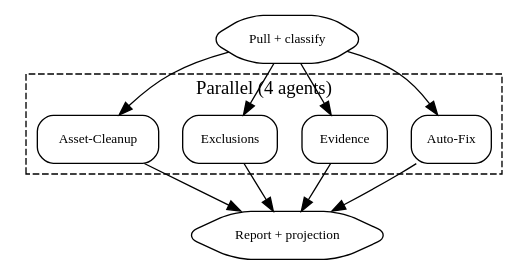
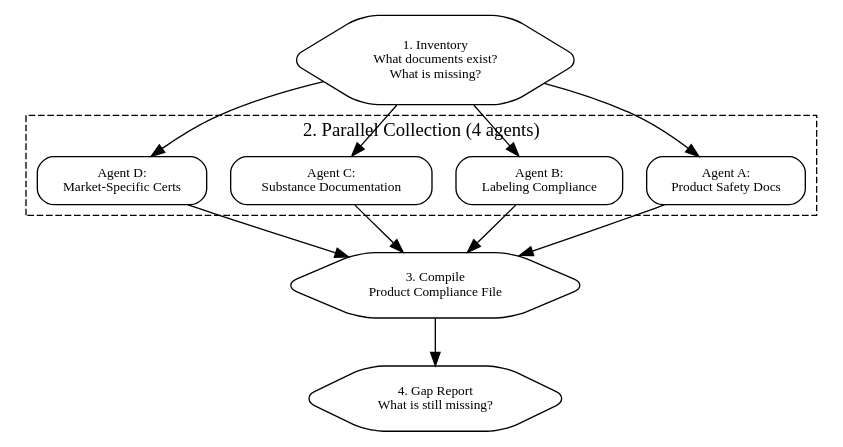
Before and after one commit to Cleo-Labs-IA/skills_library: the diagram in skills/evidence-blitz/SKILL.md, drawn with Graphviz. The commit also changed other lines of this file and 20 other files, not shown here.

````diff
--- a/skills/evidence-blitz/SKILL.md
+++ b/skills/evidence-blitz/SKILL.md
@@ -12,13 +21,18 @@
 ```dot
 digraph {
   rankdir=TB; node [shape=box style=rounded fontsize=10];
-  pull [label="Pull + classify" shape=hexagon];
-  subgraph cluster_a {
-    label="Parallel (4 agents)"; style=dashed;
-    af [label="Auto-Fix"]; ev [label="Evidence"]; ex [label="Exclusions"]; ac [label="Asset-Cleanup"];
+  inventory [label="1. Inventory\nWhat documents exist?\nWhat is missing?" shape=hexagon];
+  subgraph cluster_agents {
+    label="2. Parallel Collection (4 agents)"; style=dashed;
+    safety [label="Agent A:\nProduct Safety Docs"];
+    labeling [label="Agent B:\nLabeling Compliance"];
+    substance [label="Agent C:\nSubstance Documentation"];
+    market [label="Agent D:\nMarket-Specific Certs"];
   }
-  rpt [label="Report + projection" shape=hexagon];
-  pull -> af; pull -> ev; pull -> ex; pull -> ac;
-  af -> rpt; ev -> rpt; ex -> rpt; ac -> rpt;
+  compile [label="3. Compile\nProduct Compliance File" shape=hexagon];
+  gap [label="4. Gap Report\nWhat is still missing?" shape=hexagon];
+  inventory -> safety; inventory -> labeling; inventory -> substance; inventory -> market;
+  safety -> compile; labeling -> compile; substance -> compile; market -> compile;
+  compile -> gap;
 }
 ```
````
